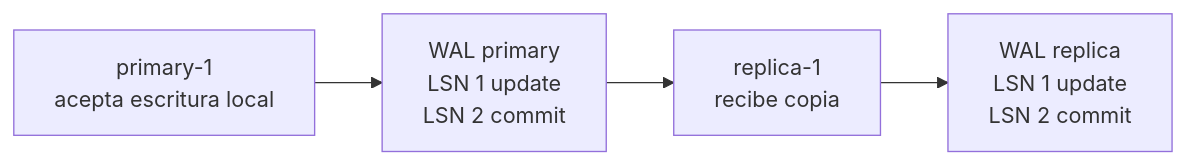
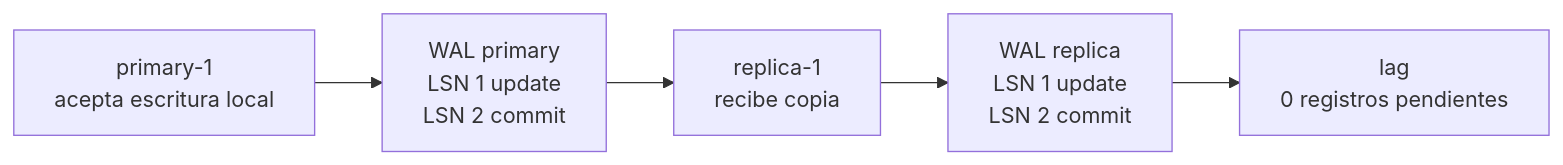
The diagram in docs/09-replicacion.md (jeresoftx/rust-database-internals), drawn with Mermaid before and after one commit. The commit also changed other lines of this file and 6 other files, not shown here.

````diff
--- a/docs/09-replicacion.md
+++ b/docs/09-replicacion.md
@@ -69,11 +83,13 @@
 ```mermaid
 flowchart LR
     P["primary-1<br/>acepta escritura local"]
     W["WAL primary<br/>LSN 1 update<br/>LSN 2 commit"]
     R["replica-1<br/>recibe copia"]
     RW["WAL replica<br/>LSN 1 update<br/>LSN 2 commit"]
+    L["lag<br/>0 registros pendientes"]
 
     P --> W
     W --> R
     R --> RW
+    RW --> L
 ```
````
